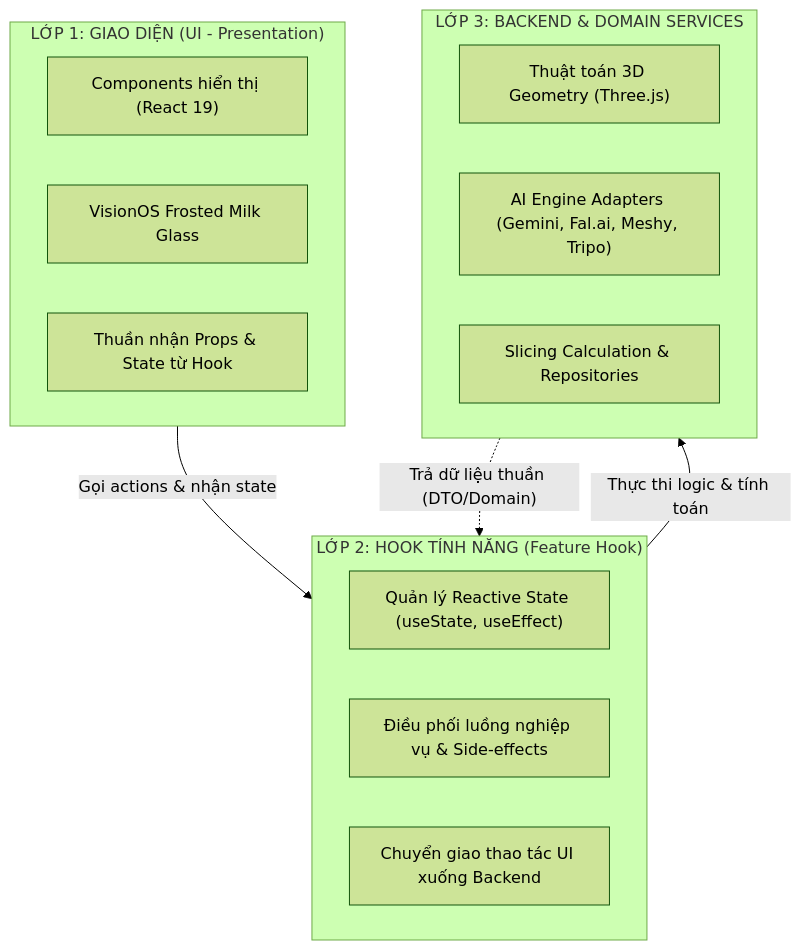
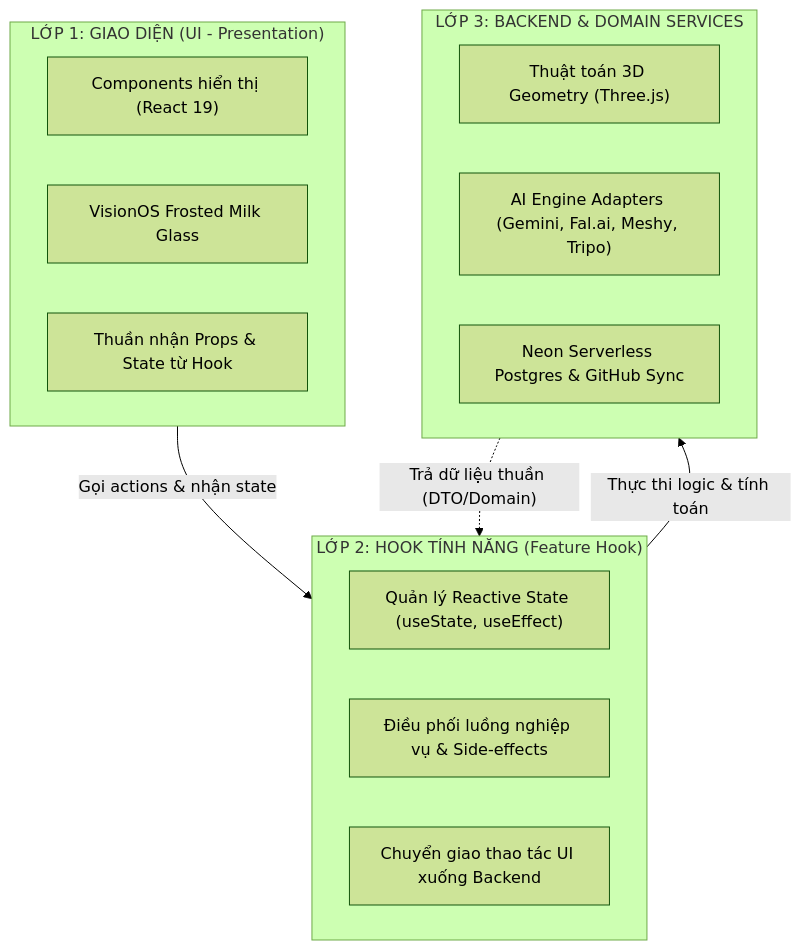
The diagram in overview.md (PrimiasArt/3dHubv2), drawn with Mermaid (forest theme) before and after one commit. The commit also changed other lines of this file and 36 other files, not shown here.

Commit message:
feat: integrate neon postgres, github vault sync, remove staging & fix vision pro high-contrast ui

````diff
--- a/overview.md
+++ b/overview.md
@@ -16,24 +18,24 @@
 ```mermaid
 flowchart TD
     subgraph Layer1["LỚP 1: GIAO DIỆN (UI - Presentation)"]
         UI1["Components hiển thị (React 19)"]
         UI2["VisionOS Frosted Milk Glass"]
         UI3["Thuần nhận Props & State từ Hook"]
     end
 
     subgraph Layer2["LỚP 2: HOOK TÍNH NĂNG (Feature Hook)"]
         Hook1["Quản lý Reactive State (useState, useEffect)"]
         Hook2["Điều phối luồng nghiệp vụ & Side-effects"]
         Hook3["Chuyển giao thao tác UI xuống Backend"]
     end
 
     subgraph Layer3["LỚP 3: BACKEND & DOMAIN SERVICES"]
         BE1["Thuật toán 3D Geometry (Three.js)"]
         BE2["AI Engine Adapters (Gemini, Fal.ai, Meshy, Tripo)"]
-        BE3["Slicing Calculation & Repositories"]
+        BE3["Neon Serverless Postgres & GitHub Sync"]
     end
 
     Layer1 -->|"Gọi actions & nhận state"| Layer2
     Layer2 -->|"Thực thi logic & tính toán"| Layer3
     Layer3 -.->|"Trả dữ liệu thuần (DTO/Domain)"| Layer2
 ```
````
